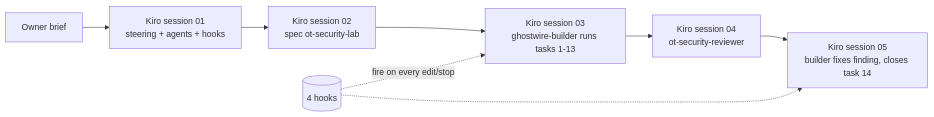
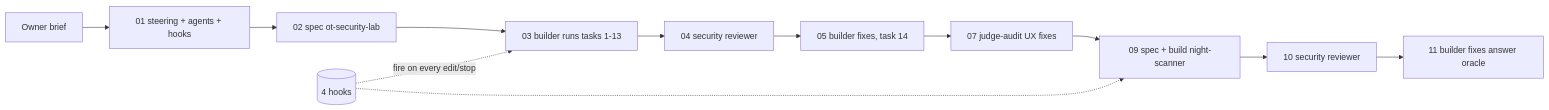
One commit to Wayan123/ghostwire-modbus-lab changed the diagram in docs/kiro-usage.md. Above: the diagram before and after it, drawn with Mermaid. The commit also changed other lines of this file and 14 other files, not shown here.

Commit message:
fix(kiro): uniform unverified answers (no oracle), per-step incident deadlines, scan hint [session sess_571c3305-985b-4737-b1e3-89335301a6ee]; tools/dotnet forwards GhostWire env; mark MVP spec superseded; kiro-usage counts

````diff
--- a/docs/kiro-usage.md
+++ b/docs/kiro-usage.md
@@ -15,10 +15,14 @@
 ```mermaid
 flowchart LR
-  P[Owner brief] --> S1[Kiro session 01<br/>steering + agents + hooks]
-  S1 --> S2[Kiro session 02<br/>spec ot-security-lab]
-  S2 --> S3[Kiro session 03<br/>ghostwire-builder runs tasks 1-13]
-  S3 --> S4[Kiro session 04<br/>ot-security-reviewer]
-  S4 --> S5[Kiro session 05<br/>builder fixes finding, closes task 14]
+  P[Owner brief] --> S1[01 steering + agents + hooks]
+  S1 --> S2[02 spec ot-security-lab]
+  S2 --> S3[03 builder runs tasks 1-13]
+  S3 --> S4[04 security reviewer]
+  S4 --> S5[05 builder fixes, task 14]
+  S5 --> S7[07 judge-audit UX fixes]
+  S7 --> S9[09 spec + build night-scanner]
+  S9 --> S10[10 security reviewer]
+  S10 --> S11[11 builder fixes answer oracle]
   H[(4 hooks)] -. fire on every edit/stop .-> S3
-  H -.-> S5
+  H -.-> S9
 ```
````
